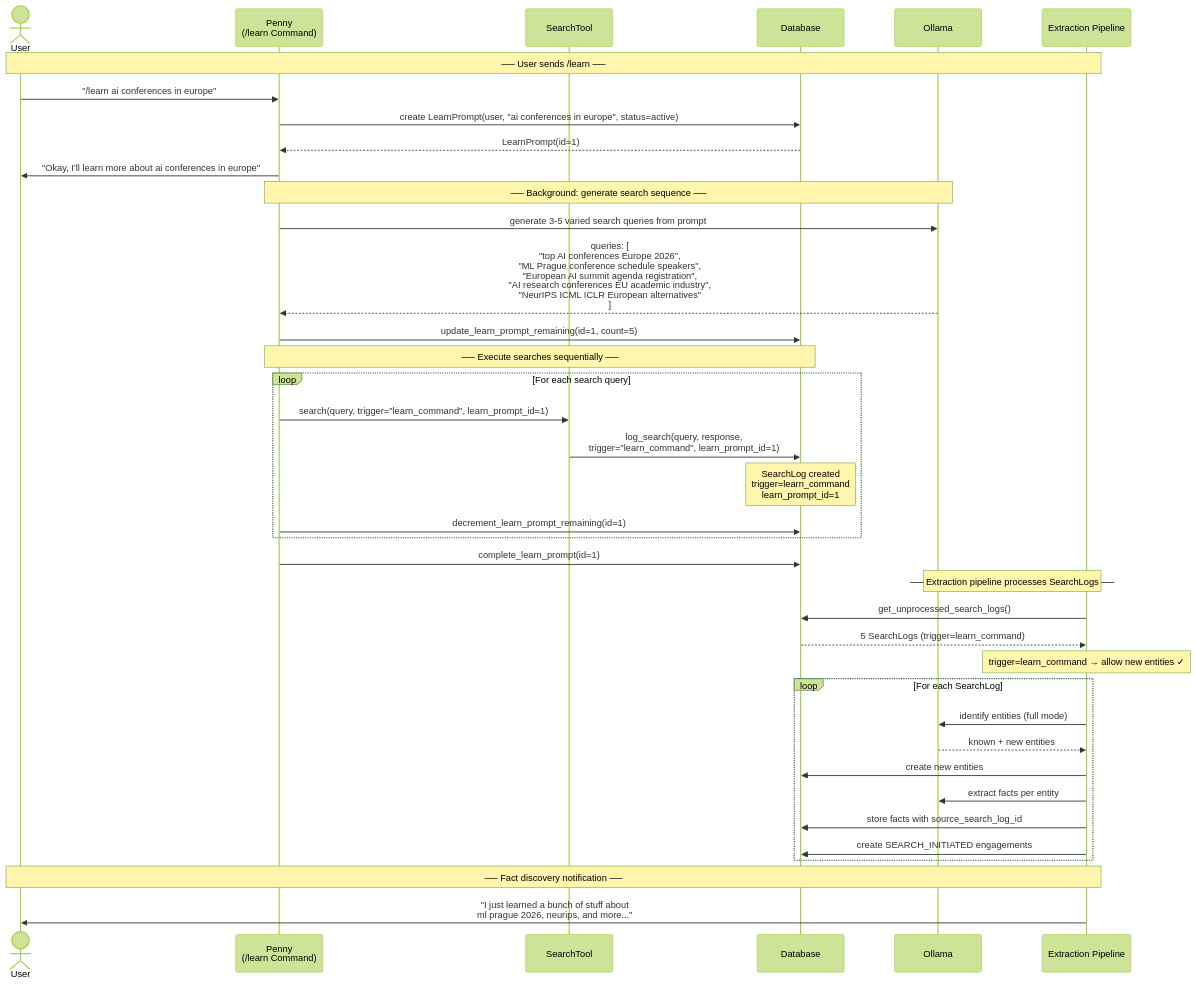
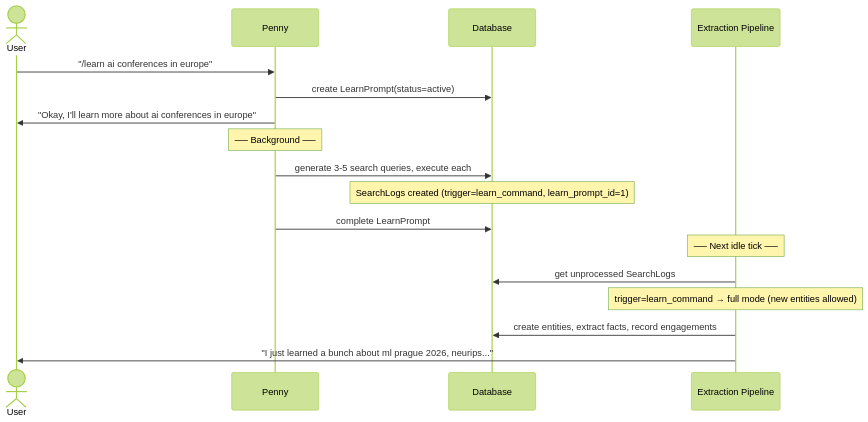
The second of 8 diagrams in docs/knowledge-system-flows.md (jaredlockhart/penny), drawn with Mermaid (forest theme) before and after one commit. The commit also changed other lines of this file, not shown here.

Commit message:
docs: simplify sequence diagrams to core interactions

````diff
--- a/docs/knowledge-system-flows.md
+++ b/docs/knowledge-system-flows.md
@@ -64,52 +30,24 @@
 ```mermaid
 sequenceDiagram
     actor User
-    participant Penny as Penny<br/>(/learn Command)
-    participant Search as SearchTool
+    participant Penny
     participant DB as Database
-    participant LLM as Ollama
     participant Extract as Extraction Pipeline
 
-    Note over User,Extract: ── User sends /learn ──
-
     User->>Penny: "/learn ai conferences in europe"
-    Penny->>DB: create LearnPrompt(user, "ai conferences in europe", status=active)
-    DB-->>Penny: LearnPrompt(id=1)
+    Penny->>DB: create LearnPrompt(status=active)
     Penny->>User: "Okay, I'll learn more about ai conferences in europe"
 
-    Note over Penny,LLM: ── Background: generate search sequence ──
+    Note over Penny: ── Background ──
 
-    Penny->>LLM: generate 3-5 varied search queries from prompt
-    LLM-->>Penny: queries: [<br/>  "top AI conferences Europe 2026",<br/>  "ML Prague conference schedule speakers",<br/>  "European AI summit agenda registration",<br/>  "AI research conferences EU academic industry",<br/>  "NeurIPS ICML ICLR European alternatives"<br/>]
-    Penny->>DB: update_learn_prompt_remaining(id=1, count=5)
+    Penny->>DB: generate 3-5 search queries, execute each
+    Note over DB: SearchLogs created (trigger=learn_command, learn_prompt_id=1)
+    Penny->>DB: complete LearnPrompt
 
-    Note over Penny,DB: ── Execute searches sequentially ──
+    Note over Extract: ── Next idle tick ──
 
-    loop For each search query
-        Penny->>Search: search(query, trigger="learn_command", learn_prompt_id=1)
-        Search->>DB: log_search(query, response,<br/>trigger="learn_command", learn_prompt_id=1)
-        Note over DB: SearchLog created<br/>trigger=learn_command<br/>learn_prompt_id=1
-        Penny->>DB: decrement_learn_prompt_remaining(id=1)
-    end
-
-    Penny->>DB: complete_learn_prompt(id=1)
-
-    Note over Extract,LLM: ── Extraction pipeline processes SearchLogs ──
-
-    Extract->>DB: get_unprocessed_search_logs()
-    DB-->>Extract: 5 SearchLogs (trigger=learn_command)
-    Note over Extract: trigger=learn_command → allow new entities ✓
-
-    loop For each SearchLog
-        Extract->>LLM: identify entities (full mode)
-        LLM-->>Extract: known + new entities
-        Extract->>DB: create new entities
-        Extract->>LLM: extract facts per entity
-        Extract->>DB: store facts with source_search_log_id
-        Extract->>DB: create SEARCH_INITIATED engagements
-    end
-
-    Note over Extract,User: ── Fact discovery notification ──
-
-    Extract->>User: "I just learned a bunch of stuff about<br/>ml prague 2026, neurips, and more..."
+    Extract->>DB: get unprocessed SearchLogs
+    Note over Extract: trigger=learn_command → full mode (new entities allowed)
+    Extract->>DB: create entities, extract facts, record engagements
+    Extract->>User: "I just learned a bunch about ml prague 2026, neurips..."
 ```
````
